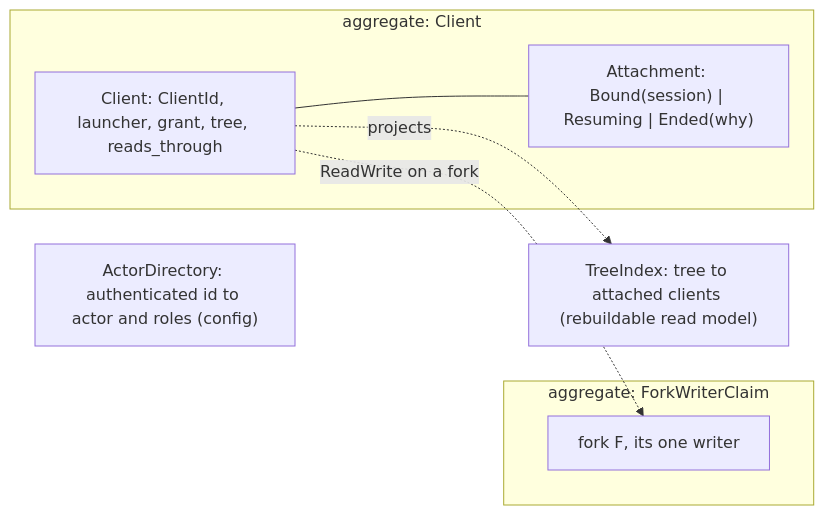
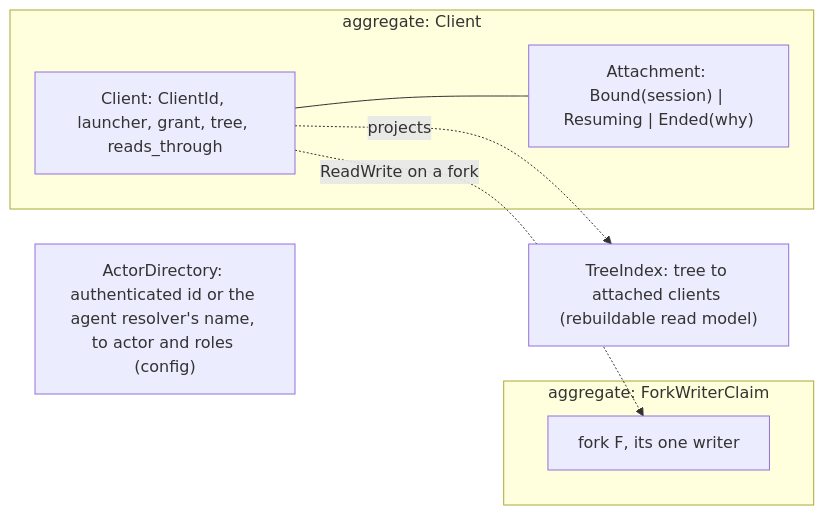
One commit to mcurcio/agentfs changed the first of 4 diagrams in docs/target-architecture/domains/clients.md. Above: the diagram before and after it, drawn with Mermaid. The commit also changed other lines of this file and 12 other files, not shown here.

````diff
--- a/docs/target-architecture/domains/clients.md
+++ b/docs/target-architecture/domains/clients.md
@@ -38,15 +40,15 @@
 ```mermaid
 flowchart LR
   subgraph AGG1["aggregate: Client"]
     C["Client: ClientId, launcher, grant, tree, reads_through"]
     A["Attachment: Bound(session) | Resuming | Ended(why)"]
   end
   subgraph AGG2["aggregate: ForkWriterClaim"]
     FW["fork F, its one writer"]
   end
-  AD["ActorDirectory: authenticated id to actor and roles (config)"]
+  AD["ActorDirectory: authenticated id or the agent resolver's name, to actor and roles (config)"]
   IDX["TreeIndex: tree to attached clients (rebuildable read model)"]
   C --- A
   C -. "ReadWrite on a fork" .-> FW
   C -. projects .-> IDX
 ```
````
